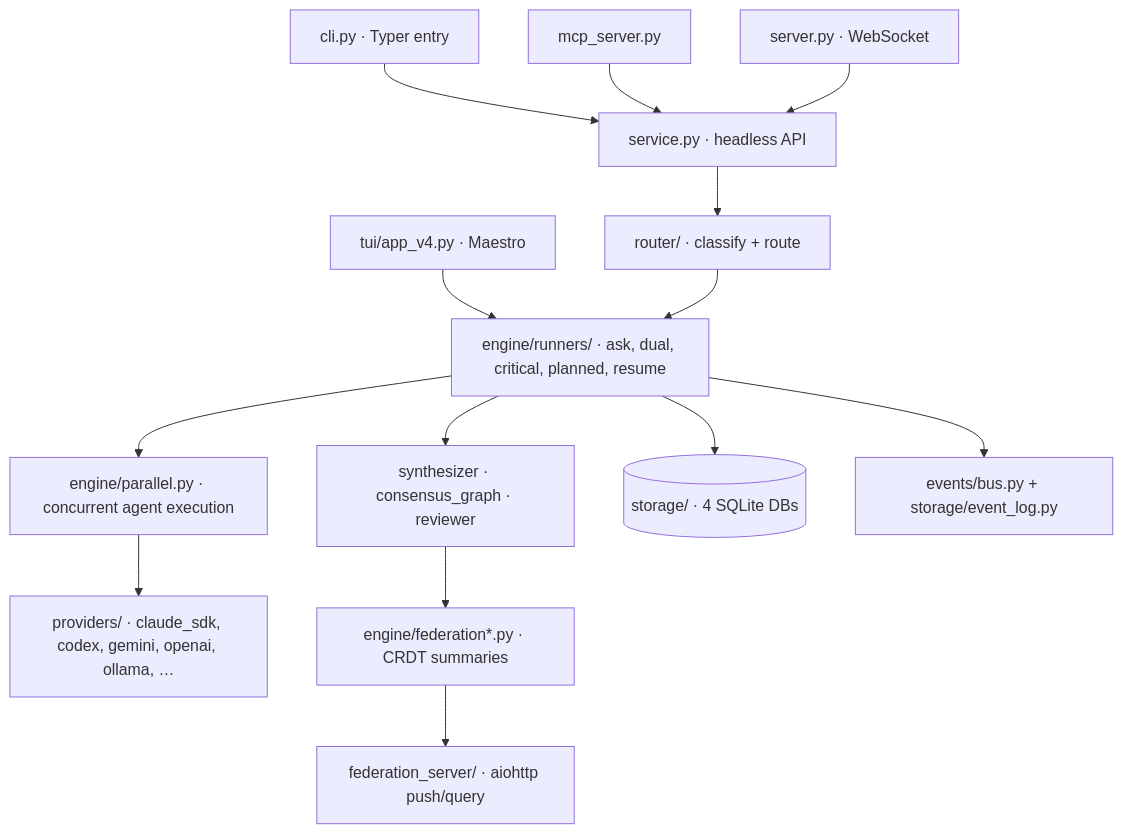
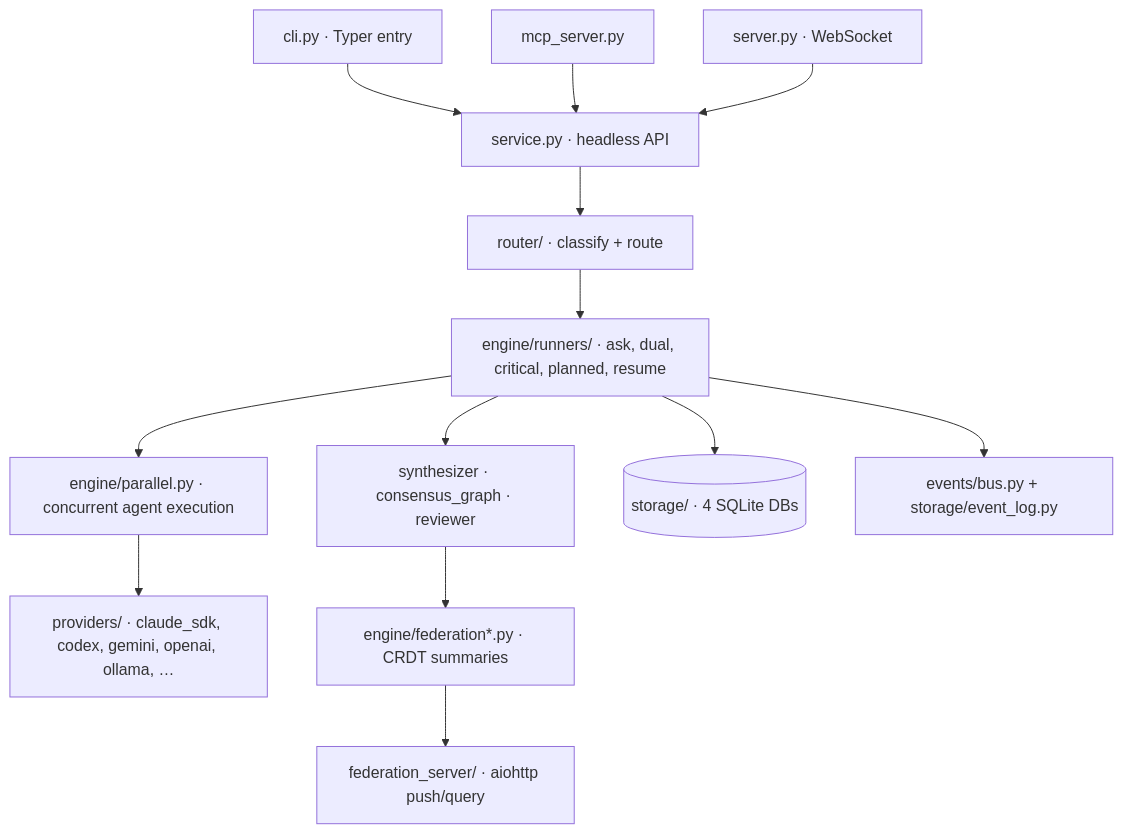
One commit to BeratCanDindarr/OrchestraSystem changed the diagram in docs/architecture.md. Above: the diagram before and after it, drawn with Mermaid. The commit also changed other lines of this file and 31 other files, not shown here.

````diff
--- a/docs/architecture.md
+++ b/docs/architecture.md
@@ -16,16 +16,15 @@
 ```mermaid
 graph TD
     CLI[cli.py · Typer entry] --> SVC[service.py · headless API]
     MCP[mcp_server.py] --> SVC
     WS[server.py · WebSocket] --> SVC
-    TUI[tui/app_v4.py · Maestro] --> RUN
     SVC --> ROUTER[router/ · classify + route]
     ROUTER --> RUN[engine/runners/ · ask, dual, critical, planned, resume]
     RUN --> PAR[engine/parallel.py · concurrent agent execution]
     PAR --> PROV[providers/ · claude_sdk, codex, gemini, openai, ollama, …]
     RUN --> POST[synthesizer · consensus_graph · reviewer]
     RUN --> STORE[(storage/ · 4 SQLite DBs)]
     RUN --> EVT[events/bus.py + storage/event_log.py]
     POST --> FED[engine/federation*.py · CRDT summaries]
     FED --> FEDSRV[federation_server/ · aiohttp push/query]
 ```
````
